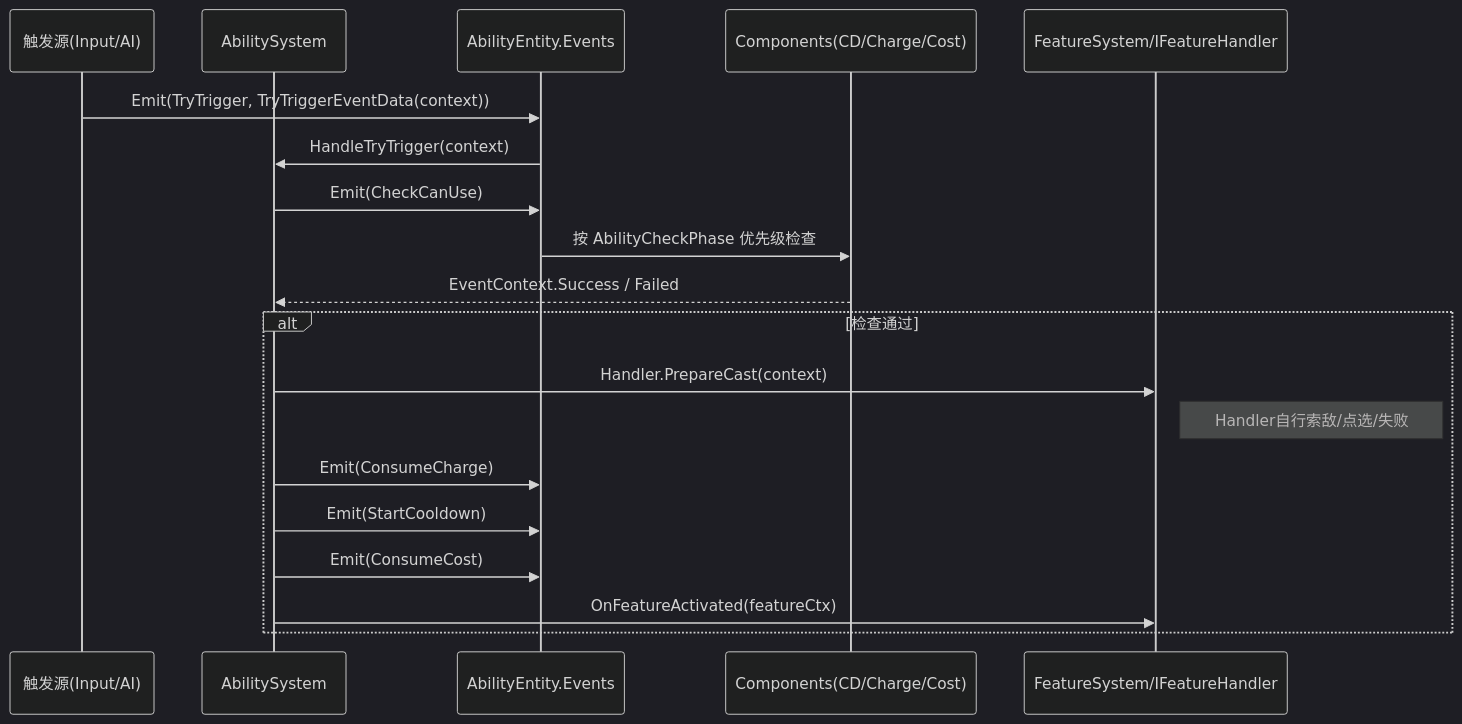
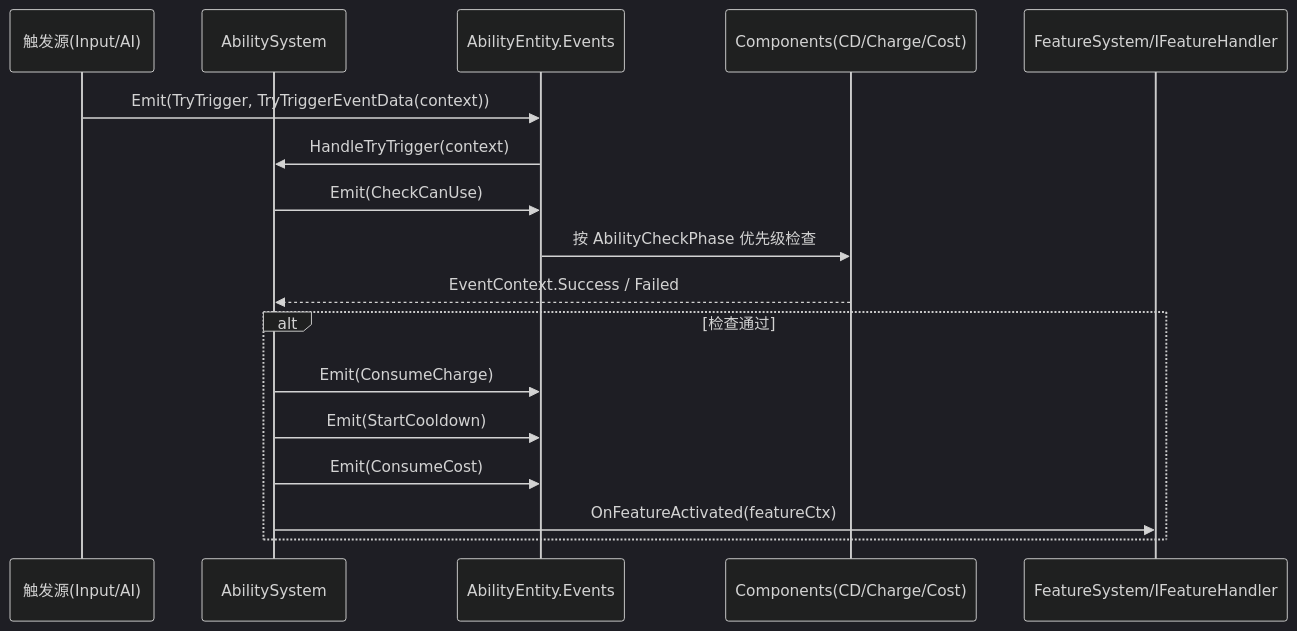
One commit to alading-2/SLimeAI-GodotC-ECS changed the diagram in docs/框架/ECS/Ability/技能系统架构设计理念.md. Above: the diagram before and after it, drawn with Mermaid (dark theme). The commit also changed other lines of this file and 35 other files, not shown here.

````diff
--- a/docs/框架/ECS/Ability/技能系统架构设计理念.md
+++ b/docs/框架/ECS/Ability/技能系统架构设计理念.md
@@ -119,23 +118,21 @@
 ```mermaid
 sequenceDiagram
     participant Input as 触发源(Input/AI)
     participant Sys as AbilitySystem
     participant E as AbilityEntity.Events
     participant Cmp as Components(CD/Charge/Cost)
     participant Exec as FeatureSystem/IFeatureHandler
 
     Input->>E: Emit(TryTrigger, TryTriggerEventData(context))
     E->>Sys: HandleTryTrigger(context)
     Sys->>E: Emit(CheckCanUse)
     E->>Cmp: 按 AbilityCheckPhase 优先级检查
     Cmp-->>Sys: EventContext.Success / Failed
 
     alt 检查通过
-        Sys->>Exec: Handler.PrepareCast(context)
-        Note right of Exec: Handler自行索敌/点选/失败
         Sys->>E: Emit(ConsumeCharge)
         Sys->>E: Emit(StartCooldown)
         Sys->>E: Emit(ConsumeCost)
         Sys->>Exec: OnFeatureActivated(featureCtx)
     end
 ```
````
